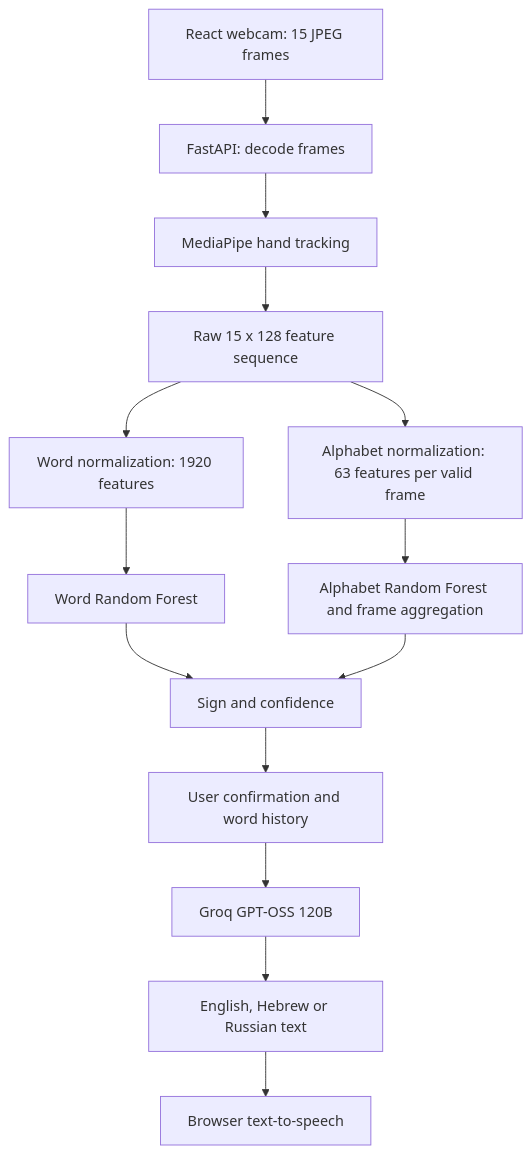
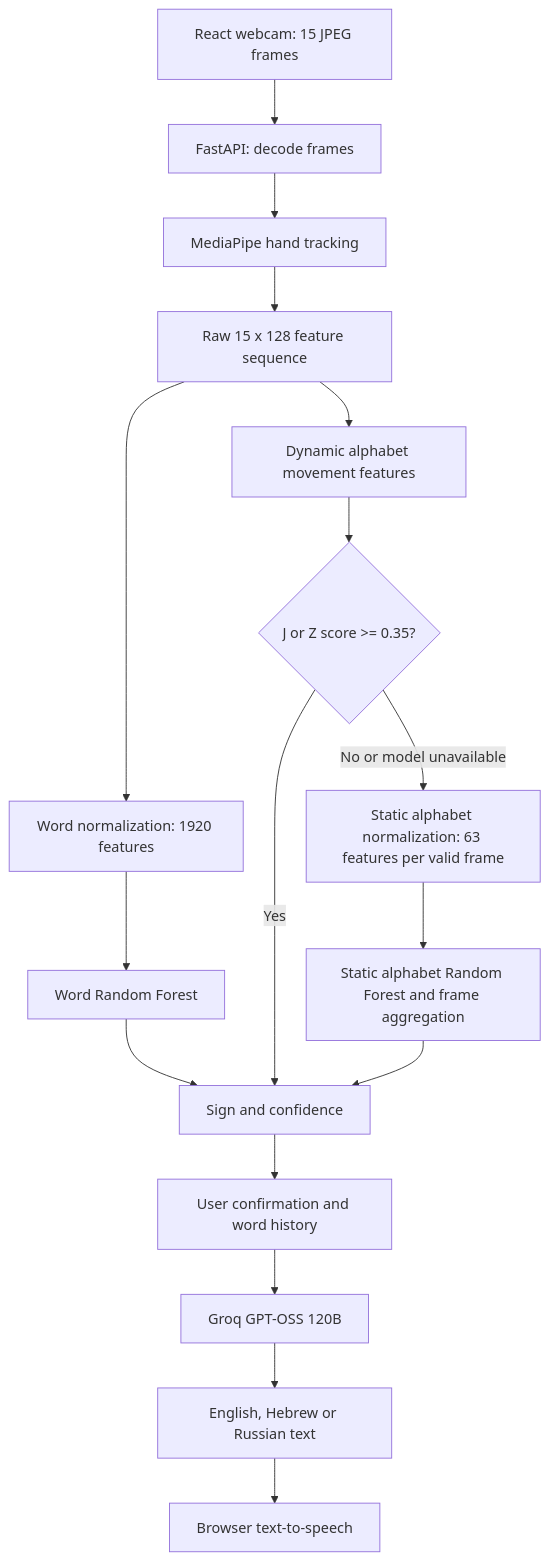
One commit to ComplexTime/SilentVoice changed the diagram in README.md. Above: the diagram before and after it, drawn with Mermaid. The commit also changed other lines of this file and 7 other files, not shown here.

````diff
--- a/README.md
+++ b/README.md
@@ -26,16 +35,19 @@
 ```mermaid
 flowchart TD
     A[React webcam: 15 JPEG frames] --> B[FastAPI: decode frames]
     B --> C[MediaPipe hand tracking]
     C --> D[Raw 15 x 128 feature sequence]
     D --> E[Word normalization: 1920 features]
-    D --> F[Alphabet normalization: 63 features per valid frame]
+    D --> N[Dynamic alphabet movement features]
+    N --> O{J or Z score >= 0.35?}
+    O -->|Yes| I[Sign and confidence]
+    O -->|No or model unavailable| F[Static alphabet normalization: 63 features per valid frame]
     E --> G[Word Random Forest]
-    F --> H[Alphabet Random Forest and frame aggregation]
-    G --> I[Sign and confidence]
+    F --> H[Static alphabet Random Forest and frame aggregation]
+    G --> I
     H --> I
     I --> J[User confirmation and word history]
     J --> K[Groq GPT-OSS 120B]
     K --> L[English, Hebrew or Russian text]
     L --> M[Browser text-to-speech]
 ```
````
